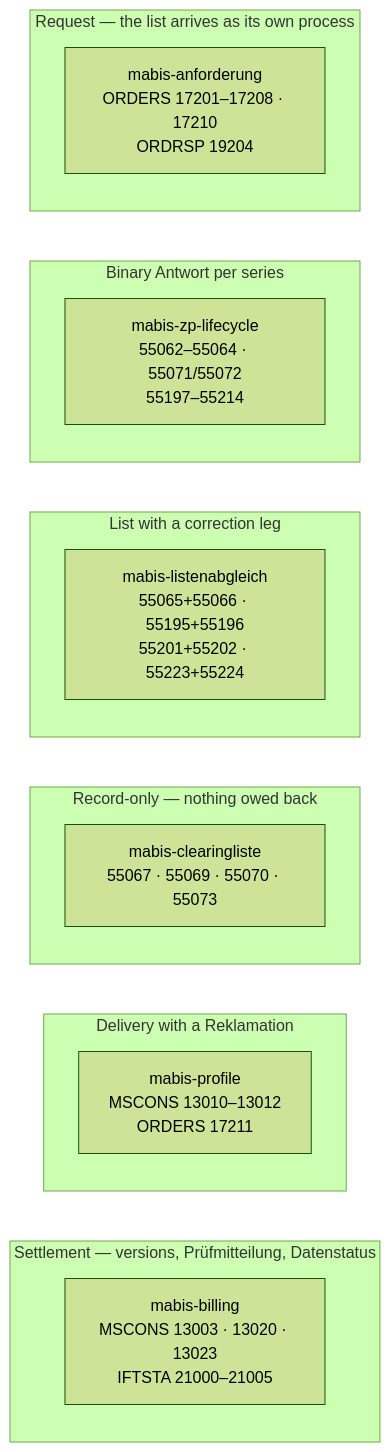
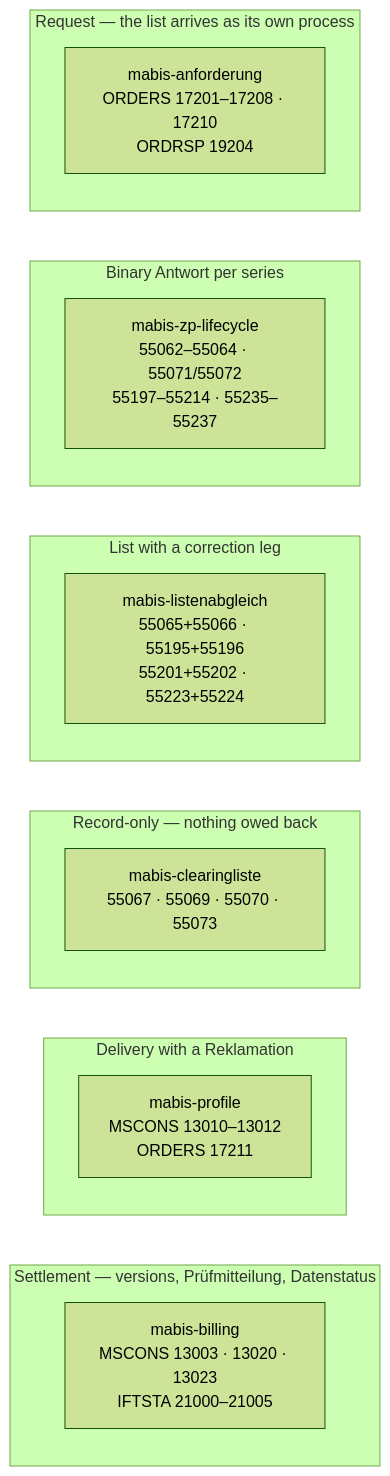
Before and after one commit to hupe1980/mako: the diagram in crates/mako-mabis/README.md, drawn with Mermaid (forest theme). The commit also changed other lines of this file and 149 other files, not shown here.

````diff
--- a/crates/mako-mabis/README.md
+++ b/crates/mako-mabis/README.md
@@ -77,21 +77,21 @@
 ```mermaid
 flowchart LR
     subgraph set["Settlement — versions, Prüfmitteilung, Datenstatus"]
         BI["mabis-billing<br/>MSCONS 13003 · 13020 · 13023<br/>IFTSTA 21000–21005"]
     end
     subgraph prof["Delivery with a Reklamation"]
         PR["mabis-profile<br/>MSCONS 13010–13012<br/>ORDERS 17211"]
     end
     subgraph rec["Record-only — nothing owed back"]
         CL["mabis-clearingliste<br/>55067 · 55069 · 55070 · 55073"]
     end
     subgraph corr["List with a correction leg"]
         LA["mabis-listenabgleich<br/>55065+55066 · 55195+55196<br/>55201+55202 · 55223+55224"]
     end
     subgraph bin["Binary Antwort per series"]
-        ZP["mabis-zp-lifecycle<br/>55062–55064 · 55071/55072<br/>55197–55214"]
+        ZP["mabis-zp-lifecycle<br/>55062–55064 · 55071/55072<br/>55197–55214 · 55235–55237"]
     end
     subgraph req["Request — the list arrives as its own process"]
         AN["mabis-anforderung<br/>ORDERS 17201–17208 · 17210<br/>ORDRSP 19204"]
     end
 ```
````
